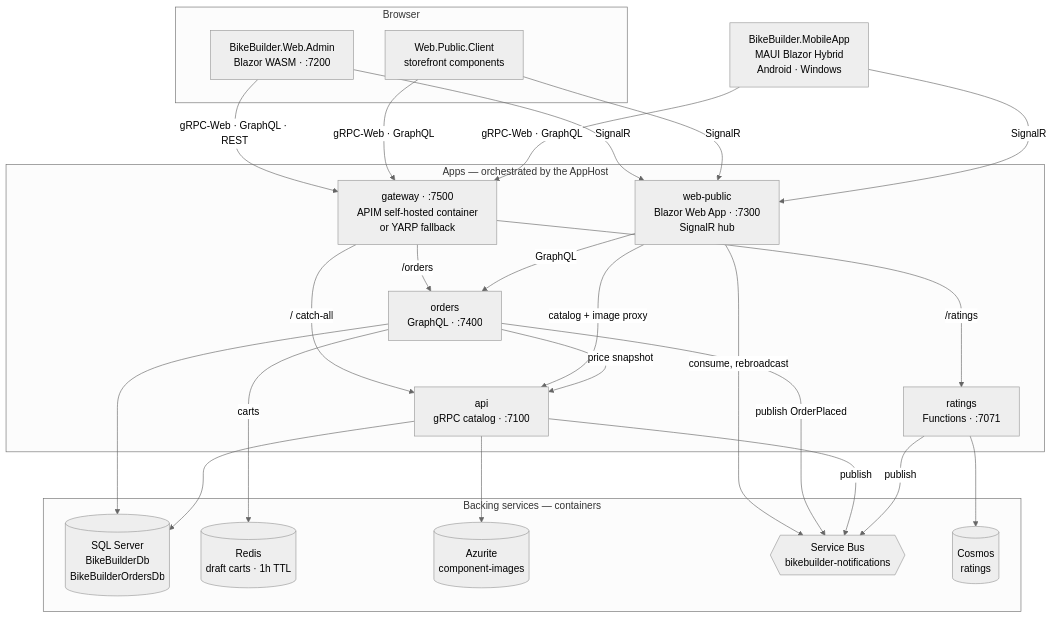
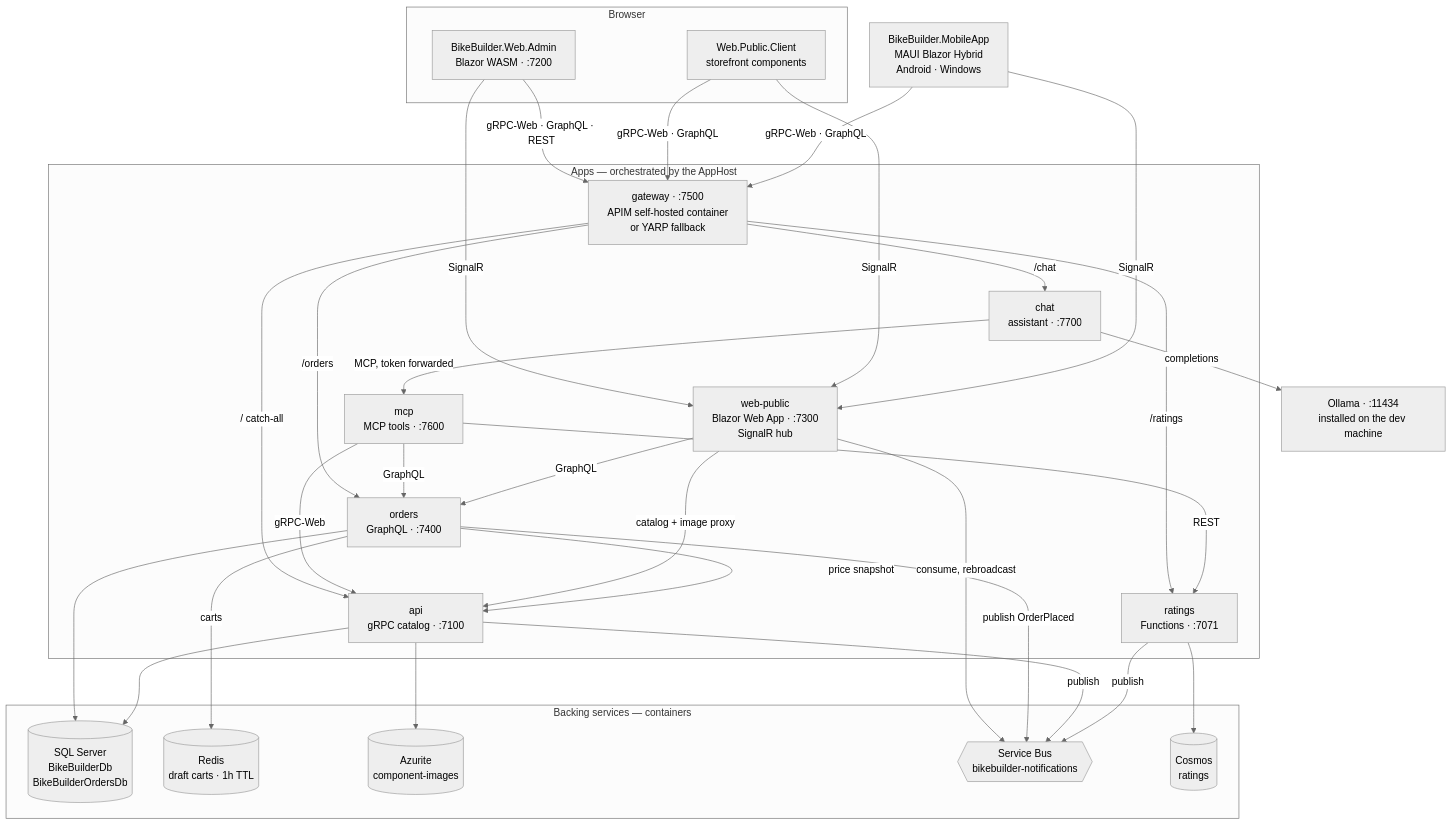
Before and after one commit to nickshepherd1983/BikeBuilderAspire: the first of 2 diagrams in README.md, drawn with Mermaid (neutral theme). The commit also changed other lines of this file and 44 other files, not shown here.

````diff
--- a/README.md
+++ b/README.md
@@ -36,49 +38,59 @@
 ```mermaid
 flowchart TB
     subgraph browser["Browser"]
         web["BikeBuilder.Web.Admin<br/>Blazor WASM · :7200"]
         client["Web.Public.Client<br/>storefront components"]
     end
 
     mobile["BikeBuilder.MobileApp<br/>MAUI Blazor Hybrid<br/>Android · Windows"]
+    ollama["Ollama · :11434<br/>installed on the dev machine"]
 
     subgraph apps["Apps — orchestrated by the AppHost"]
         gateway["gateway · :7500<br/>APIM self-hosted container<br/>or YARP fallback"]
         webpublic["web-public<br/>Blazor Web App · :7300<br/>SignalR hub"]
         orders["orders<br/>GraphQL · :7400"]
         api["api<br/>gRPC catalog · :7100"]
         ratings["ratings<br/>Functions · :7071"]
+        chat["chat<br/>assistant · :7700"]
+        mcp["mcp<br/>MCP tools · :7600"]
     end
 
     subgraph backing["Backing services — containers"]
         sql[("SQL Server<br/>BikeBuilderDb<br/>BikeBuilderOrdersDb")]
         redis[("Redis<br/>draft carts · 1h TTL")]
         blob[("Azurite<br/>component-images")]
         bus{{"Service Bus<br/>bikebuilder-notifications"}}
         cosmos[("Cosmos<br/>ratings")]
     end
 
     web -->|gRPC-Web · GraphQL · REST| gateway
     web -->|SignalR| webpublic
     client -->|gRPC-Web · GraphQL| gateway
     client -->|SignalR| webpublic
     mobile -->|gRPC-Web · GraphQL| gateway
     mobile -->|SignalR| webpublic
 
     gateway -->|/ catch-all| api
     gateway -->|/orders| orders
     gateway -->|/ratings| ratings
+    gateway -->|/chat| chat
+
+    chat -->|completions| ollama
+    chat -->|MCP, token forwarded| mcp
+    mcp -->|gRPC-Web| api
+    mcp -->|GraphQL| orders
+    mcp -->|REST| ratings
 
     webpublic -->|catalog + image proxy| api
     webpublic -->|GraphQL| orders
     webpublic -->|consume, rebroadcast| bus
     orders -->|price snapshot| api
     orders -->|carts| redis
     orders --> sql
     orders -->|publish OrderPlaced| bus
     api --> sql
     api --> blob
     api -->|publish| bus
     ratings --> cosmos
     ratings -->|publish| bus
 ```
````
